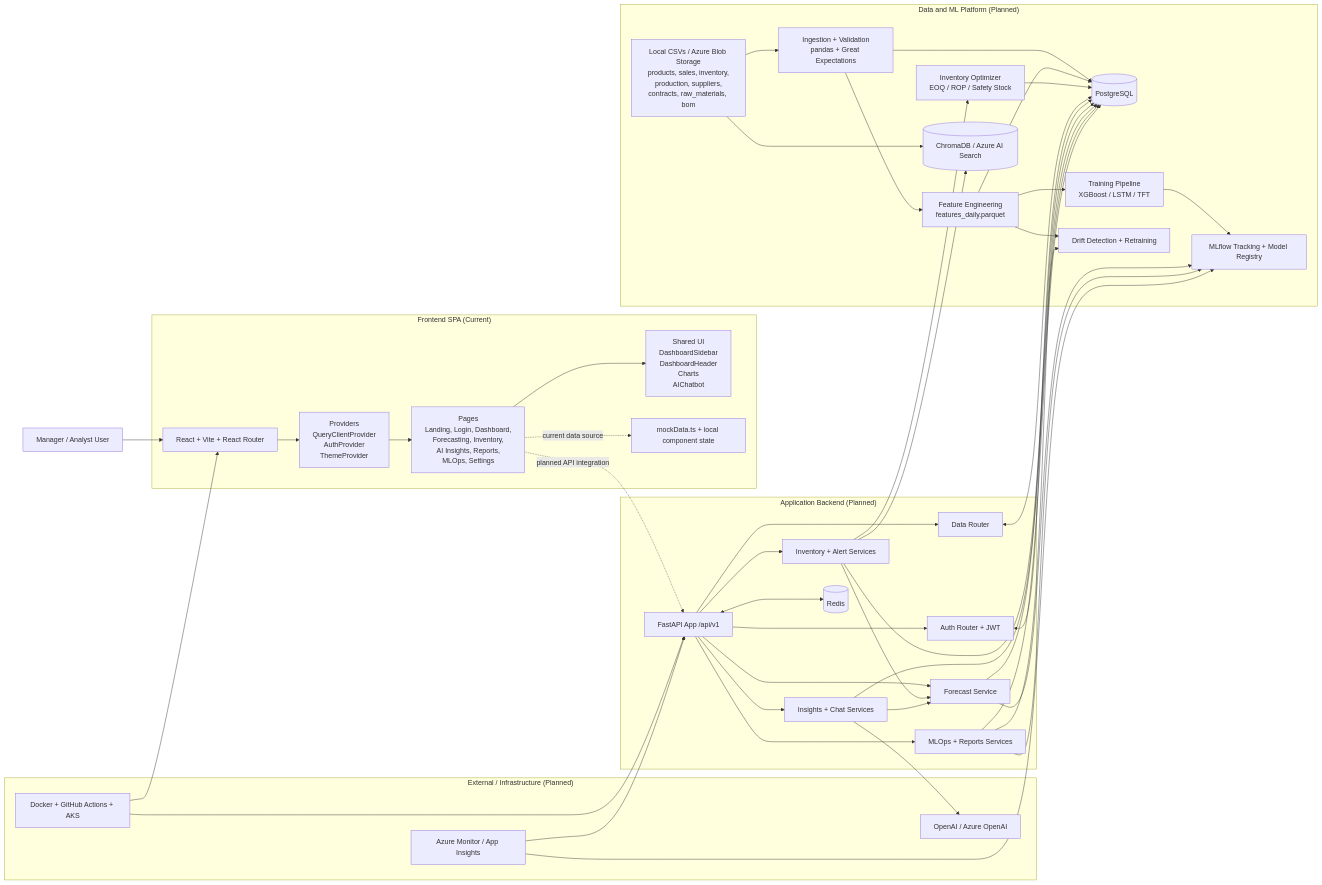
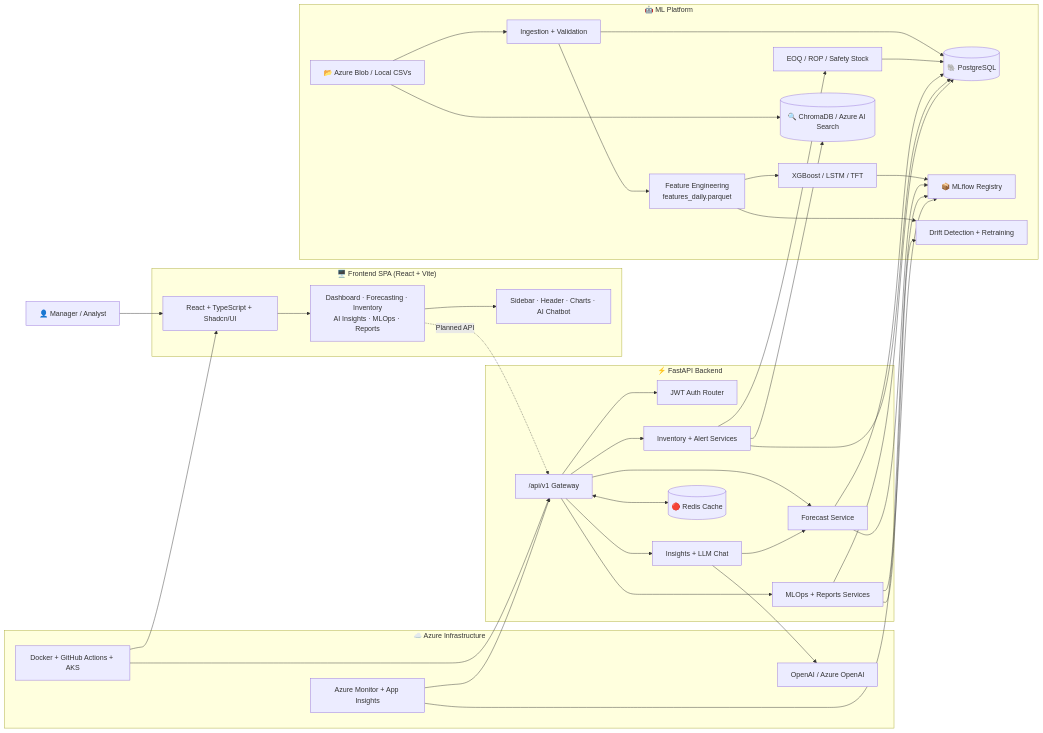
Before and after one commit to IbrahimAbdelsattar/SupplyMindAI: the first of 5 diagrams in README.md, drawn with Mermaid. The commit also changed other lines of this file, not shown here.

````diff
--- a/README.md
+++ b/README.md
@@ -153,83 +212,55 @@
 ```mermaid
 flowchart LR
-    user[Manager / Analyst User]
+    user["👤 Manager / Analyst"]
 
-    subgraph FE["Frontend SPA (Current)"]
-        app[React + Vite + React Router]
-        providers[Providers\nQueryClientProvider\nAuthProvider\nThemeProvider]
-        pages[Pages\nLanding, Login, Dashboard,\nForecasting, Inventory,\nAI Insights, Reports,\nMLOps, Settings]
-        shared[Shared UI\nDashboardSidebar\nDashboardHeader\nCharts\nAIChatbot]
-        mock[mockData.ts + local component state]
-
-        app --> providers --> pages --> shared
-        pages -. current data source .-> mock
+    subgraph FE["🖥️ Frontend SPA (React + Vite)"]
+        app["React + TypeScript + Shadcn/UI"]
+        pages["Dashboard · Forecasting · Inventory\nAI Insights · MLOps · Reports"]
+        shared["Sidebar · Header · Charts · AI Chatbot"]
+        app --> pages --> shared
     end
 
-    subgraph API["Application Backend (Planned)"]
-        gateway[FastAPI App /api/v1]
-        auth[Auth Router + JWT]
-        dataSvc[Data Router]
-        forecastSvc[Forecast Service]
-        inventorySvc[Inventory + Alert Services]
-        insightSvc[Insights + Chat Services]
-        mlopsSvc[MLOps + Reports Services]
-        cache[(Redis)]
-
-        gateway --> auth
-        gateway --> dataSvc
-        gateway --> forecastSvc
-        gateway --> inventorySvc
-        gateway --> insightSvc
-        gateway --> mlopsSvc
+    subgraph API["⚡ FastAPI Backend"]
+        gateway["/api/v1 Gateway"]
+        auth["JWT Auth Router"]
+        forecastSvc["Forecast Service"]
+        inventorySvc["Inventory + Alert Services"]
+        insightSvc["Insights + LLM Chat"]
+        mlopsSvc["MLOps + Reports Services"]
+        cache[("🔴 Redis Cache")]
+        gateway --> auth & forecastSvc & inventorySvc & insightSvc & mlopsSvc
         gateway <--> cache
     end
 
-    subgraph DATA["Data and ML Platform (Planned)"]
-        raw[Local CSVs / Azure Blob Storage\nproducts, sales, inventory,\nproduction, suppliers,\ncontracts, raw_materials, bom]
-        ingest[Ingestion + Validation\npandas + Great Expectations]
-        features[Feature Engineering\nfeatures_daily.parquet]
-        postgres[(PostgreSQL)]
-        training[Training Pipeline\nXGBoost / LSTM / TFT]
-        registry[MLflow Tracking + Model Registry]
-        drift[Drift Detection + Retraining]
-        optimizer[Inventory Optimizer\nEOQ / ROP / Safety Stock]
-        vector[(ChromaDB / Azure AI Search)]
-
-        raw --> ingest --> features
+    subgraph DATA["🤖 ML Platform"]
+        raw["📂 Azure Blob / Local CSVs"]
+        ingest["Ingestion + Validation"]
+        features["Feature Engineering\nfeatures_daily.parquet"]
+        postgres[("🐘 PostgreSQL")]
+        training["XGBoost / LSTM / TFT"]
+        registry["📦 MLflow Registry"]
+        drift["Drift Detection + Retraining"]
+        optimizer["EOQ / ROP / Safety Stock"]
+        vector[("🔍 ChromaDB / Azure AI Search")]
+        raw --> ingest --> features --> training --> registry
         ingest --> postgres
-        features --> postgres
-        features --> training --> registry
         features --> drift
         raw --> vector
         optimizer --> postgres
     end
 
-    subgraph EXT["External / Infrastructure (Planned)"]
-        llm[OpenAI / Azure OpenAI]
-        monitor[Azure Monitor / App Insights]
-        deploy[Docker + GitHub Actions + AKS]
+    subgraph CLOUD["☁️ Azure Infrastructure"]
+        llm["OpenAI / Azure OpenAI"]
+        monitor["Azure Monitor + App Insights"]
+        deploy["Docker + GitHub Actions + AKS"]
     end
 
     user --> app
-    pages -. planned API integration .-> gateway
-
-    dataSvc <--> postgres
-    auth <--> postgres
-    forecastSvc --> postgres
-    forecastSvc --> registry
-    inventorySvc --> postgres
-    inventorySvc --> optimizer
-    inventorySvc --> vector
-    inventorySvc --> forecastSvc
-    insightSvc --> postgres
-    insightSvc --> forecastSvc
-    insightSvc --> llm
-    mlopsSvc --> registry
-    mlopsSvc --> drift
-    mlopsSvc --> postgres
-
-    deploy --> app
-    deploy --> gateway
-    monitor --> gateway
-    monitor --> registry
+    pages -.->|"Planned API"| gateway
+    forecastSvc --> postgres & registry
+    inventorySvc --> postgres & optimizer & vector
+    insightSvc --> forecastSvc & llm
+    mlopsSvc --> registry & drift & postgres
+    deploy --> app & gateway
+    monitor --> gateway & registry
 ```
````
